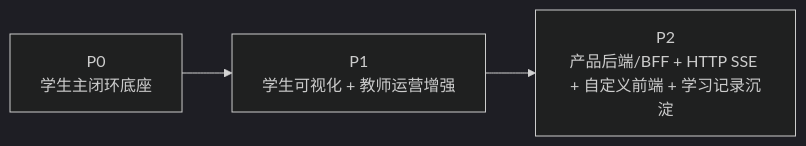
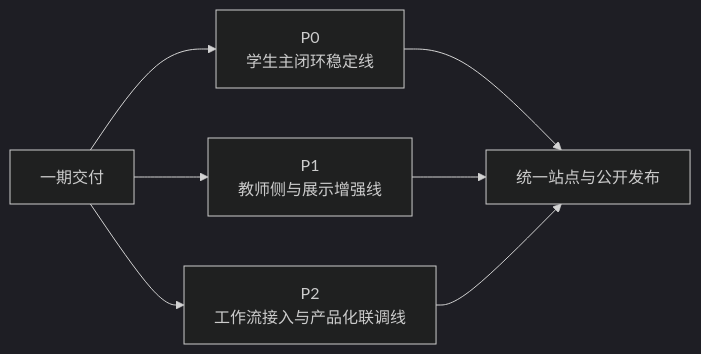
Before and after one commit to chenqsq/doc-showcase: the diagram in doc/智能体文档/00-文档总索引.md, drawn with Mermaid (dark theme). The commit also changed other lines of this file and 6 other files, not shown here.

````diff
--- a/doc/智能体文档/00-文档总索引.md
+++ b/doc/智能体文档/00-文档总索引.md
@@ -59,5 +52,9 @@
 ```mermaid
 flowchart LR
-    A["P0<br/>学生主闭环底座"] --> B["P1<br/>学生可视化 + 教师运营增强"]
-    B --> C["P2<br/>产品后端/BFF + HTTP SSE + 自定义前端 + 学习记录沉淀"]
+    A["一期交付"] --> B["P0<br/>学生主闭环稳定线"]
+    A --> C["P1<br/>教师侧与展示增强线"]
+    A --> D["P2<br/>工作流接入与产品化联调线"]
+    B --> E["统一站点与公开发布"]
+    C --> E
+    D --> E
 ```
````
